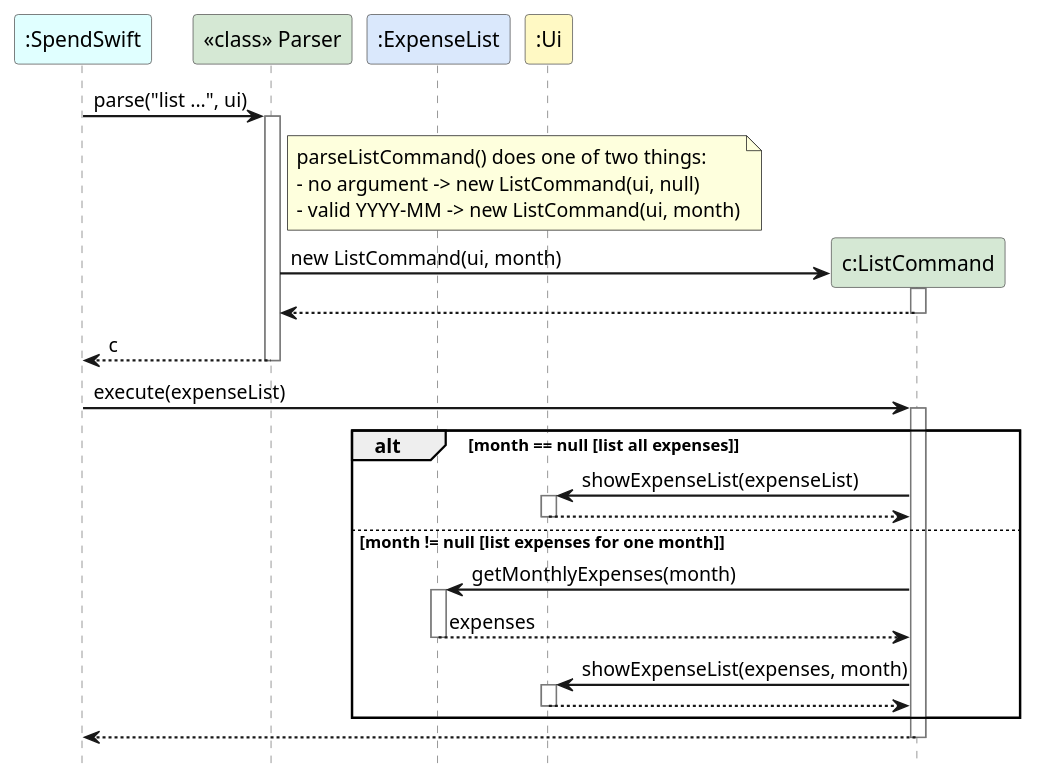
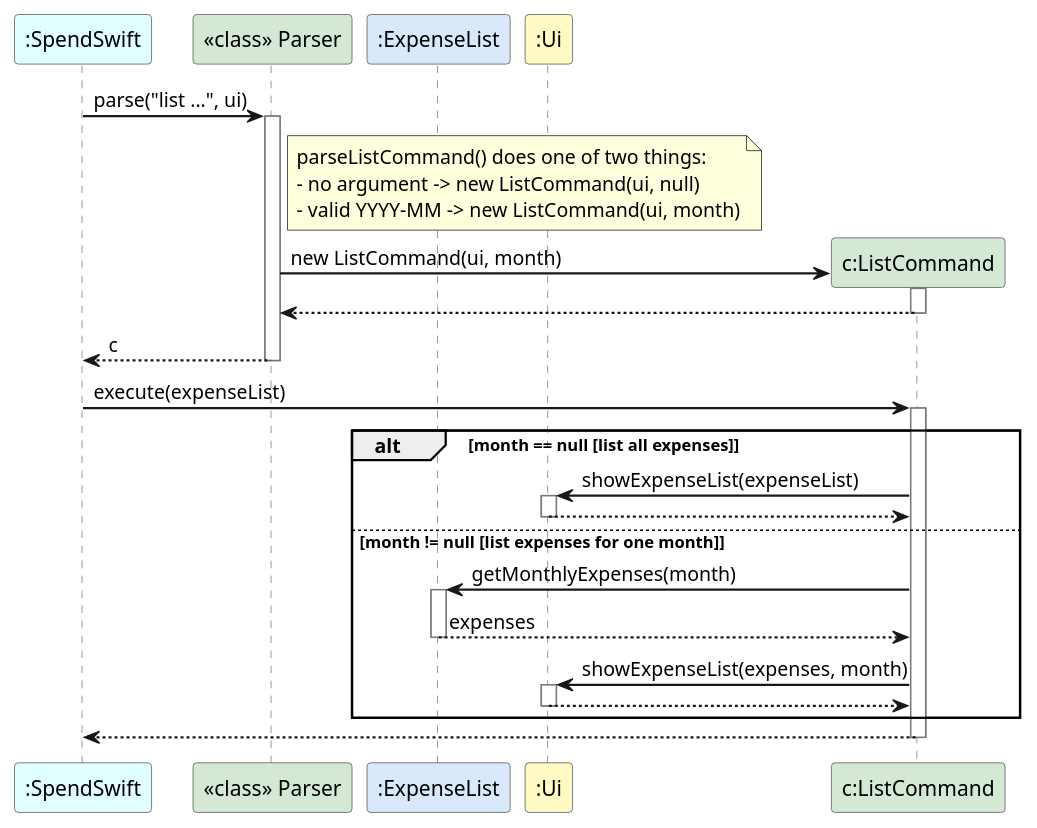
Before and after one commit to AnnikaGarg/tp: the diagram in docs/diagrams/ListCommandSequenceDiagram.puml, drawn with PlantUML.

Commit message:
Unhide the footbox in List Command Sequence Diagram

```diff
--- a/docs/diagrams/ListCommandSequenceDiagram.puml
+++ b/docs/diagrams/ListCommandSequenceDiagram.puml
@@ -1,58 +1,57 @@
 @startuml ListCommandSequenceDiagram
-hide footbox
 
 skinparam defaultFontName Arial
 skinparam sequenceArrowThickness 1.5
 skinparam sequenceParticipantBorderColor #555555
 skinparam sequenceParticipantBackgroundColor #FEFEFE
 skinparam sequenceLifeLineBorderColor #777777
 skinparam shadowing false
 
 participant ":SpendSwift" as main #LightCyan
 participant "<<class>> Parser" as parser #D5E8D4
 participant ":ExpenseList" as el #DAE8FC
 participant ":Ui" as ui #FFF9C4
 
 main -> parser : parse("list ...", ui)
 activate parser
 
 note right of parser
   parseListCommand() does one of two things:
   - no argument -> new ListCommand(ui, null)
   - valid YYYY-MM -> new ListCommand(ui, month)
 end note
 
 create participant "c:ListCommand" as cmd #D5E8D4
 parser -> cmd : new ListCommand(ui, month)
 activate cmd
 cmd --> parser
 deactivate cmd
 
 parser --> main : c
 deactivate parser
 
 main -> cmd : execute(expenseList)
 activate cmd
 
 alt month == null [list all expenses]
     cmd -> ui : showExpenseList(expenseList)
     activate ui
     ui --> cmd
     deactivate ui
 
 else month != null [list expenses for one month]
     cmd -> el : getMonthlyExpenses(month)
     activate el
     el --> cmd : expenses
     deactivate el
 
     cmd -> ui : showExpenseList(expenses, month)
     activate ui
     ui --> cmd
     deactivate ui
 end
 
 cmd --> main
 deactivate cmd
 
 @enduml
```
